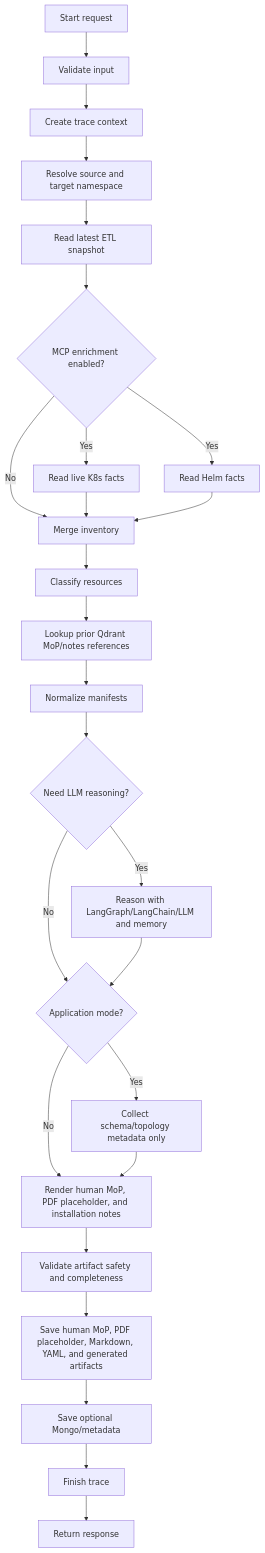
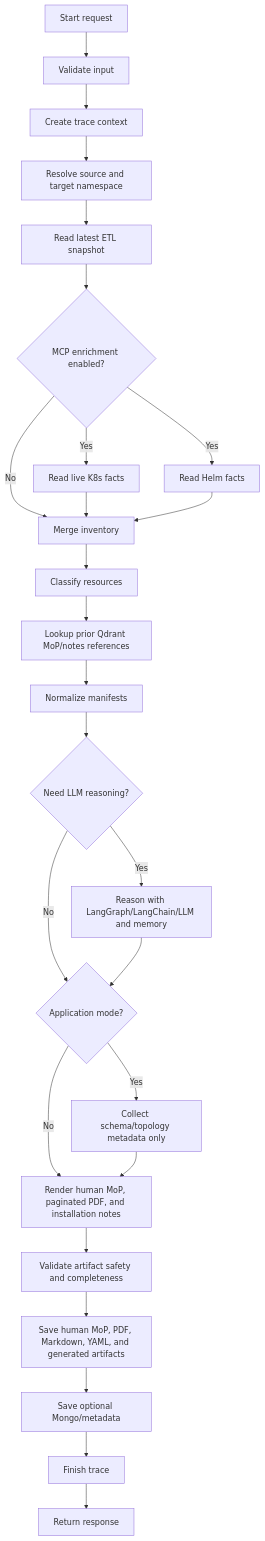
One commit to aveeshek/bosgenesis-mop-creation-agent changed the first of 7 diagrams in docs/04_ALGORITHM_MOP_CREATION_AGENT.md. Above: the diagram before and after it, drawn with Mermaid. The commit also changed other lines of this file and 26 other files, not shown here.

````diff
--- a/docs/04_ALGORITHM_MOP_CREATION_AGENT.md
+++ b/docs/04_ALGORITHM_MOP_CREATION_AGENT.md
@@ -16,32 +16,32 @@
 ```mermaid
 flowchart TD
     Start["Start request"] --> Validate["Validate input"]
     Validate --> Trace["Create trace context"]
     Trace --> Resolve["Resolve source and target namespace"]
     Resolve --> Snapshot["Read latest ETL snapshot"]
 
     Snapshot --> Enrich{"MCP enrichment enabled?"}
     Enrich -->|"Yes"| K8S["Read live K8s facts"]
     Enrich -->|"Yes"| Helm["Read Helm facts"]
     Enrich -->|"No"| Merge["Use snapshot only"]
 
     K8S --> Merge["Merge inventory"]
     Helm --> Merge
 
     Merge --> Classify["Classify resources"]
     Classify --> QdrantLookup["Lookup prior Qdrant MoP/notes references"]
     QdrantLookup --> Normalize["Normalize manifests"]
     Normalize --> NeedReason{"Need LLM reasoning?"}
     NeedReason -->|"Yes"| Reason["Reason with LangGraph/LangChain/LLM and memory"]
     NeedReason -->|"No"| AppMode{"Application mode?"}
     Reason --> AppMode
     AppMode -->|"Yes"| AppSchema["Collect schema/topology metadata only"]
     AppMode -->|"No"| Render
-    AppSchema --> Render["Render human MoP, PDF placeholder, and installation notes"]
+    AppSchema --> Render["Render human MoP, paginated PDF, and installation notes"]
 
     Render --> ValidateArtifact["Validate artifact safety and completeness"]
-    ValidateArtifact --> SaveLocal["Save human MoP, PDF placeholder, Markdown, YAML, and generated artifacts"]
+    ValidateArtifact --> SaveLocal["Save human MoP, PDF, Markdown, YAML, and generated artifacts"]
     SaveLocal --> OptionalStores["Save optional Mongo/metadata"]
     OptionalStores --> FinishTrace["Finish trace"]
     FinishTrace --> Response["Return response"]
 ```
````
